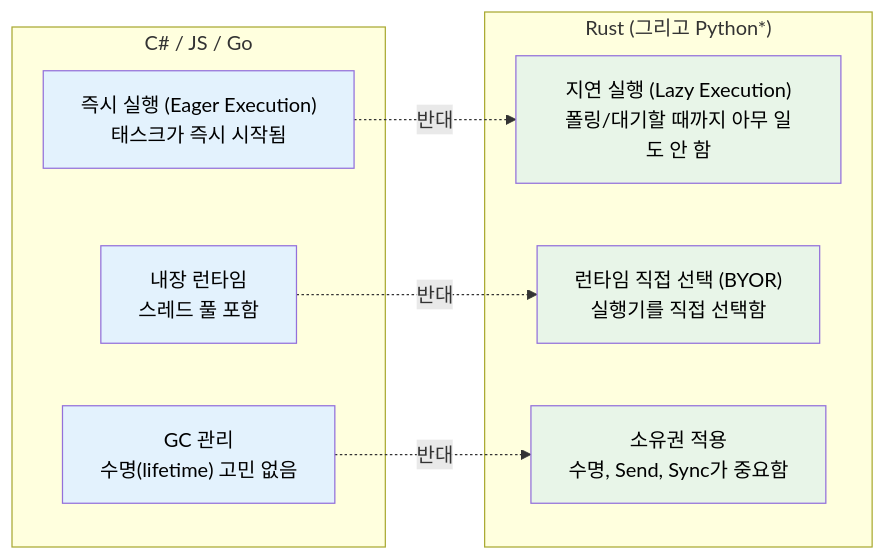
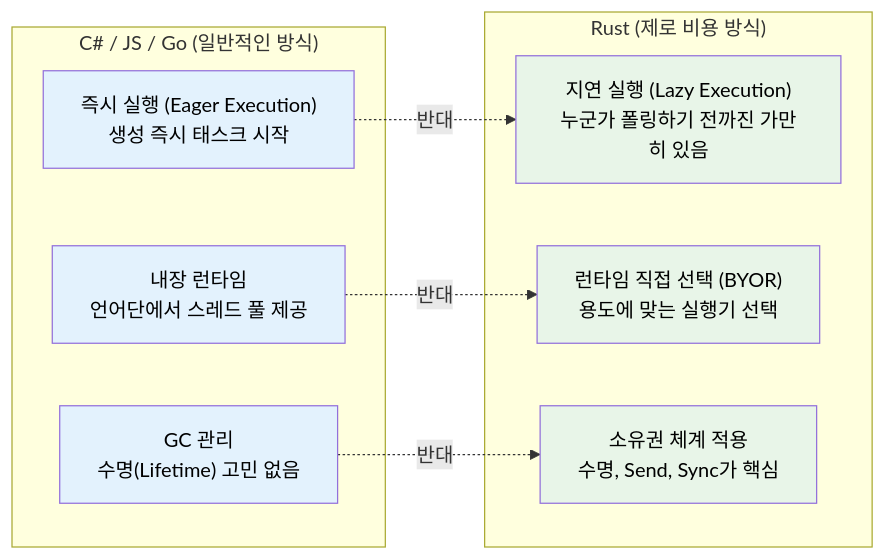
The diagram in async-book/src/ch01-why-async-is-different-in-rust.md (partrita/RustTraining), drawn with Mermaid before and after one commit. The commit also changed other lines of this file and 157 other files, not shown here.

````diff
--- a/async-book/src/ch01-why-async-is-different-in-rust.md
+++ b/async-book/src/ch01-why-async-is-different-in-rust.md
@@ -19,25 +21,25 @@
 ```mermaid
 graph LR
-    subgraph "C# / JS / Go"
-        EAGER["즉시 실행 (Eager Execution)<br/>태스크가 즉시 시작됨"]
-        BUILTIN["내장 런타임<br/>스레드 풀 포함"]
-        GC["GC 관리<br/>수명(lifetime) 고민 없음"]
+    subgraph "C# / JS / Go (일반적인 방식)"
+        EAGER["즉시 실행 (Eager Execution)<br/>생성 즉시 태스크 시작"]
+        BUILTIN["내장 런타임<br/>언어단에서 스레드 풀 제공"]
+        GC["GC 관리<br/>수명(Lifetime) 고민 없음"]
     end
 
-    subgraph "Rust (그리고 Python*)"
-        LAZY["지연 실행 (Lazy Execution)<br/>폴링/대기할 때까지 아무 일도 안 함"]
-        BYOB["런타임 직접 선택 (BYOR)<br/>실행기를 직접 선택함"]
-        OWNED["소유권 적용<br/>수명, Send, Sync가 중요함"]
+    subgraph "Rust (제로 비용 방식)"
+        LAZY["지연 실행 (Lazy Execution)<br/>누군가 폴링하기 전까진 가만히 있음"]
+        BYOB["런타임 직접 선택 (BYOR)<br/>용도에 맞는 실행기 선택"]
+        OWNED["소유권 체계 적용<br/>수명, Send, Sync가 핵심"]
     end
 
     EAGER -. "반대" .-> LAZY
     BUILTIN -. "반대" .-> BYOB
     GC -. "반대" .-> OWNED
 
     style LAZY fill:#e8f5e8,color:#000
     style BYOB fill:#e8f5e8,color:#000
     style OWNED fill:#e8f5e8,color:#000
     style EAGER fill:#e3f2fd,color:#000
     style BUILTIN fill:#e3f2fd,color:#000
     style GC fill:#e3f2fd,color:#000
 ```
````
